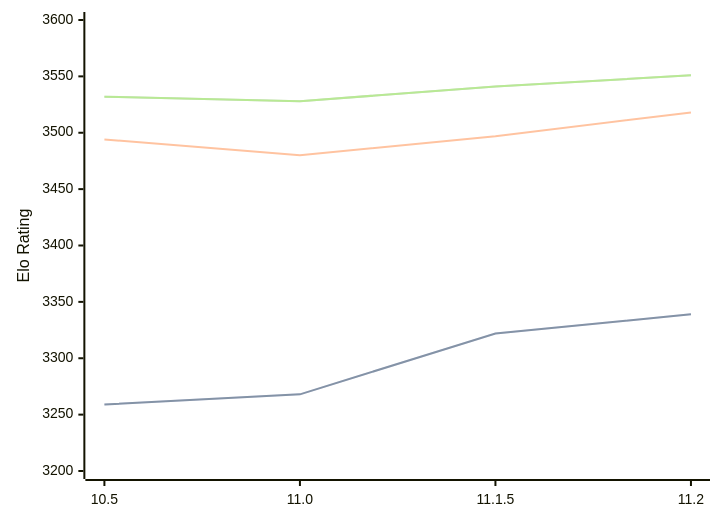
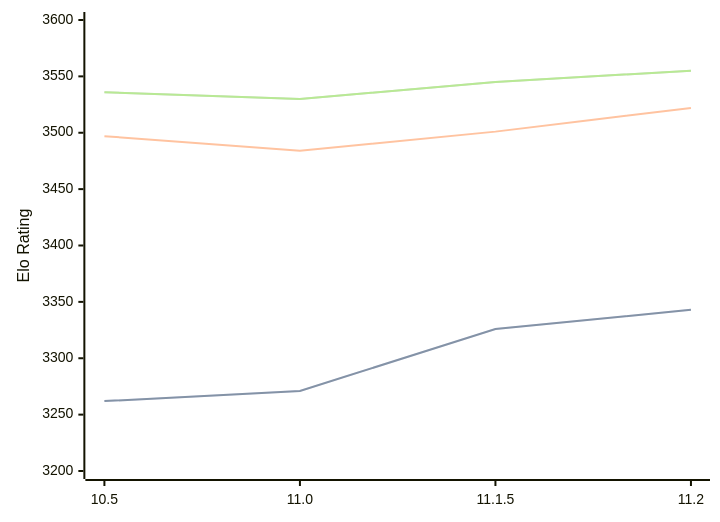
One commit to computer-chess-index/cci changed the diagram in engines/Lizard.md. Above: the diagram before and after it, drawn with Mermaid. The commit also changed other lines of this file, not shown here.

Commit message:
Update CCI Ratings (ELO VLTC) - 2026-04-30

````diff
--- a/engines/Lizard.md
+++ b/engines/Lizard.md
@@ -46,11 +46,11 @@
 ```mermaid
 %%{init: {"theme":"base","themeVariables":{"seriesColors:['#a3a3a3','#222221','#faa371']}}}%%
 xychart-beta
   x-axis ["10.5", "11.0", "11.1.5", "11.2"]
   y-axis "Elo Rating" 3200 --> 3600
-  line "STC (8.0+0.08s)" [3259, 3268, 3322, 3339]
-  line "STC (8.0+0.08s)" [3259, 3268, 3322, 3339]
-  line "LTC (60.0+0.60s)" [3494, 3480, 3497, 3518]
-  line "VLTC (2m24s+1.12s)" [3532, 3528, 3541, 3551]
-  line "VLTC (2m24s+1.12s)" [3532, 3528, 3541, 3551]
+  line "STC (8.0+0.08s)" [3262, 3271, 3326, 3343]
+  line "STC (8.0+0.08s)" [3262, 3271, 3326, 3343]
+  line "LTC (60.0+0.60s)" [3497, 3484, 3501, 3522]
+  line "VLTC (2m24s+1.12s)" [3536, 3530, 3545, 3555]
+  line "VLTC (2m24s+1.12s)" [3536, 3530, 3545, 3555]
 ```
````
